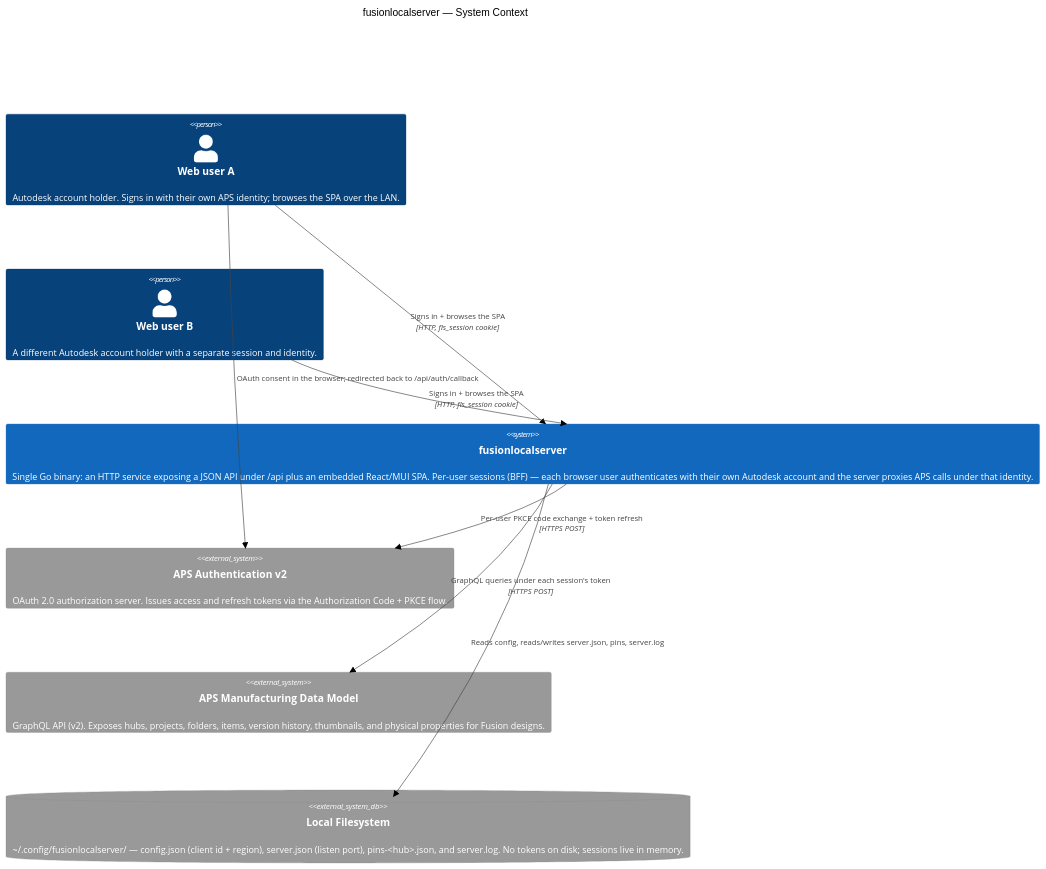
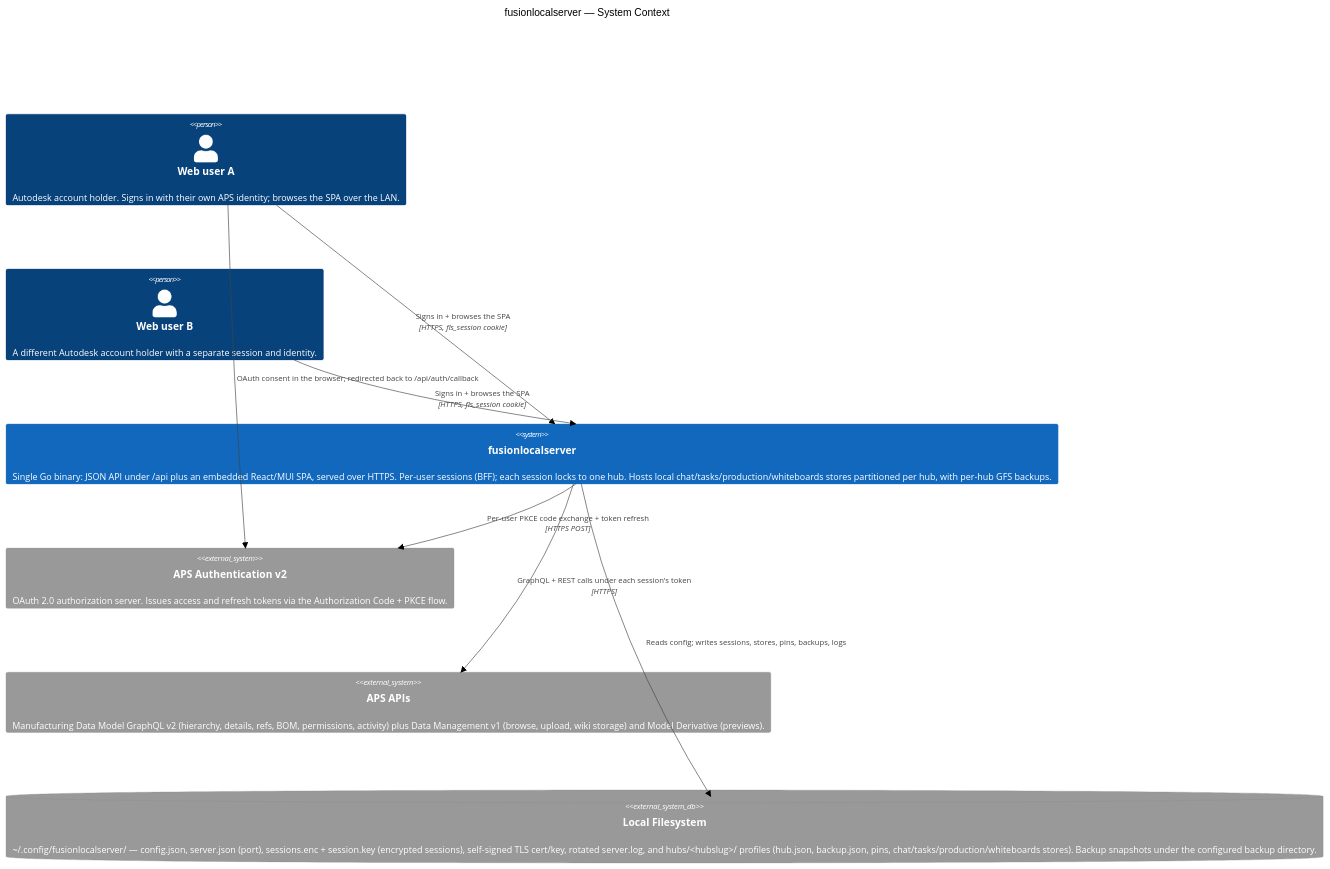
The first of 7 diagrams in docs/architecture.md (schneik80/FusionOnPremServer), drawn with Mermaid (neutral theme) before and after one commit. The commit also changed other lines of this file and 20 other files, not shown here.

````diff
--- a/docs/architecture.md
+++ b/docs/architecture.md
@@ -15,22 +30,22 @@
 ```mermaid
 C4Context
     title fusionlocalserver — System Context
 
     Person(user_a, "Web user A", "Autodesk account holder. Signs in with their own APS identity; browses the SPA over the LAN.")
     Person(user_b, "Web user B", "A different Autodesk account holder with a separate session and identity.")
 
-    System(app, "fusionlocalserver", "Single Go binary: an HTTP service exposing a JSON API under /api plus an embedded React/MUI SPA. Per-user sessions (BFF) — each browser user authenticates with their own Autodesk account and the server proxies APS calls under that identity.")
+    System(app, "fusionlocalserver", "Single Go binary: JSON API under /api plus an embedded React/MUI SPA, served over HTTPS. Per-user sessions (BFF); each session locks to one hub. Hosts local chat/tasks/production/whiteboards stores partitioned per hub, with per-hub GFS backups.")
 
     System_Ext(aps_auth, "APS Authentication v2", "OAuth 2.0 authorization server. Issues access and refresh tokens via the Authorization Code + PKCE flow.")
 
-    System_Ext(aps_mfg, "APS Manufacturing Data Model", "GraphQL API (v2). Exposes hubs, projects, folders, items, version history, thumbnails, and physical properties for Fusion designs.")
+    System_Ext(aps_api, "APS APIs", "Manufacturing Data Model GraphQL v2 (hierarchy, details, refs, BOM, permissions, activity) plus Data Management v1 (browse, upload, wiki storage) and Model Derivative (previews).")
 
-    SystemDb_Ext(fs, "Local Filesystem", "~/.config/fusionlocalserver/ — config.json (client id + region), server.json (listen port), pins-<hub>.json, and server.log. No tokens on disk; sessions live in memory.")
+    SystemDb_Ext(fs, "Local Filesystem", "~/.config/fusionlocalserver/ — config.json, server.json (port), sessions.enc + session.key (encrypted sessions), self-signed TLS cert/key, rotated server.log, and hubs/<hubslug>/ profiles (hub.json, backup.json, pins, chat/tasks/production/whiteboards stores). Backup snapshots under the configured backup directory.")
 
-    Rel(user_a, app, "Signs in + browses the SPA", "HTTP, fls_session cookie")
-    Rel(user_b, app, "Signs in + browses the SPA", "HTTP, fls_session cookie")
+    Rel(user_a, app, "Signs in + browses the SPA", "HTTPS, fls_session cookie")
+    Rel(user_b, app, "Signs in + browses the SPA", "HTTPS, fls_session cookie")
     Rel(app, aps_auth, "Per-user PKCE code exchange + token refresh", "HTTPS POST")
-    Rel(app, aps_mfg, "GraphQL queries under each session's token", "HTTPS POST")
-    Rel(app, fs, "Reads config, reads/writes server.json, pins, server.log")
+    Rel(app, aps_api, "GraphQL + REST calls under each session's token", "HTTPS")
+    Rel(app, fs, "Reads config; writes sessions, stores, pins, backups, logs")
     Rel(user_a, aps_auth, "OAuth consent in the browser; redirected back to /api/auth/callback")
 ```
````
